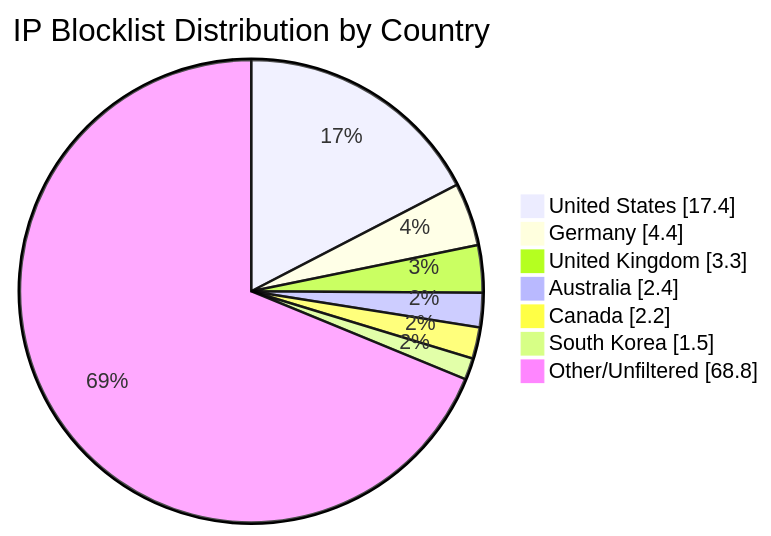
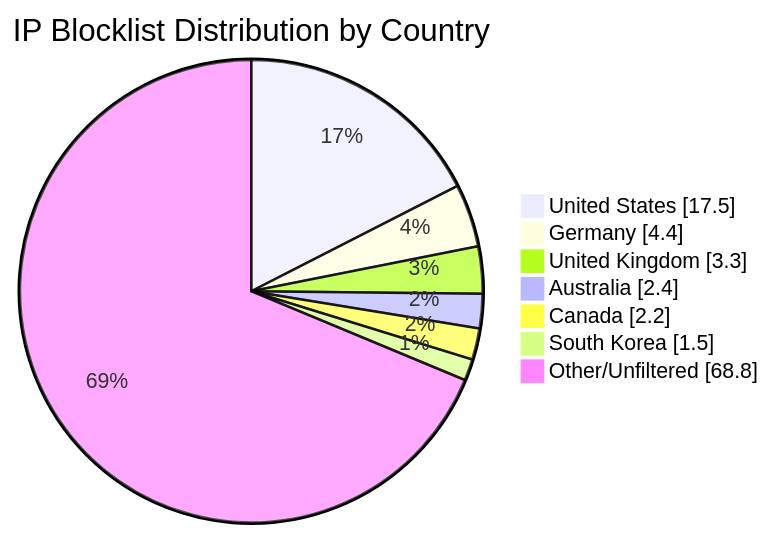
Before and after one commit to MarcusHoltz/ipblocklist-geofiltered-aggregator: the diagram in README.md, drawn with Mermaid. The commit also changed other lines of this file and 9 other files, not shown here.

````diff
--- a/README.md
+++ b/README.md
@@ -34,10 +34,10 @@
 ```mermaid
 pie showData title IP Blocklist Distribution by Country
-"United States" : 17.4
+"United States" : 17.5
 "Germany" : 4.4
 "United Kingdom" : 3.3
 "Australia" : 2.4
 "Canada" : 2.2
 "South Korea" : 1.5
 "Other/Unfiltered" : 68.8
 ```
````
